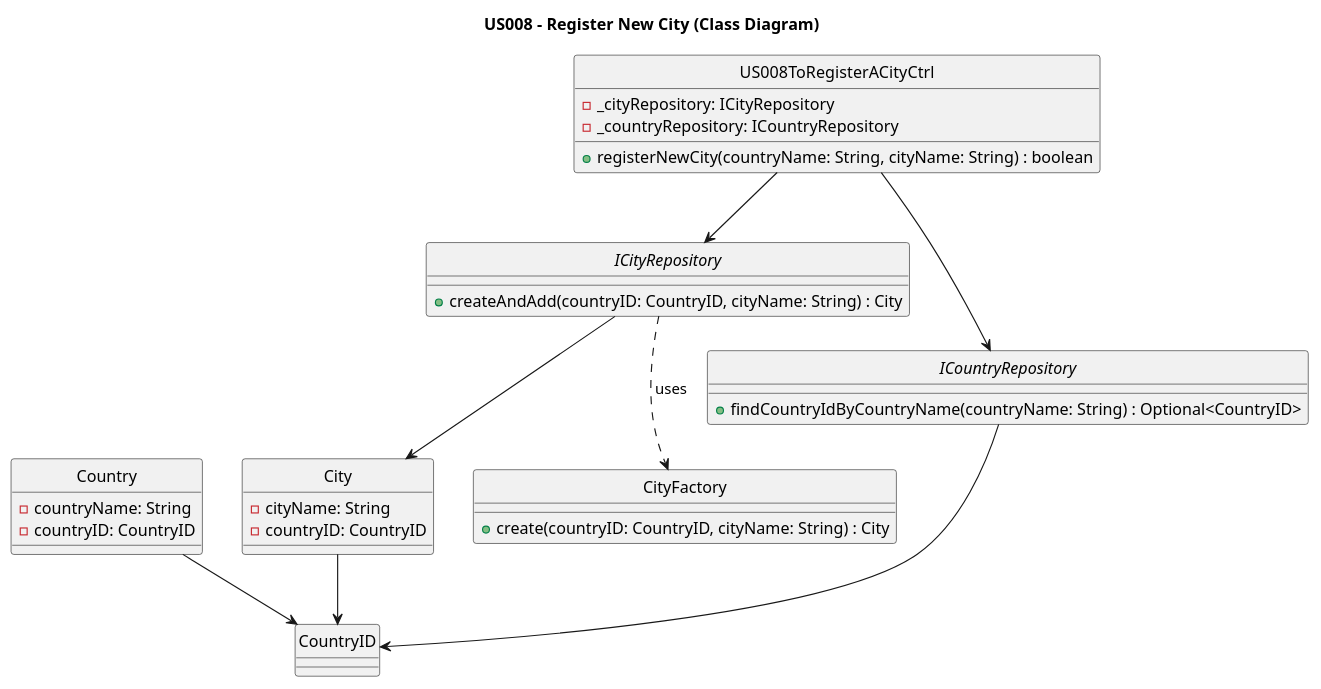
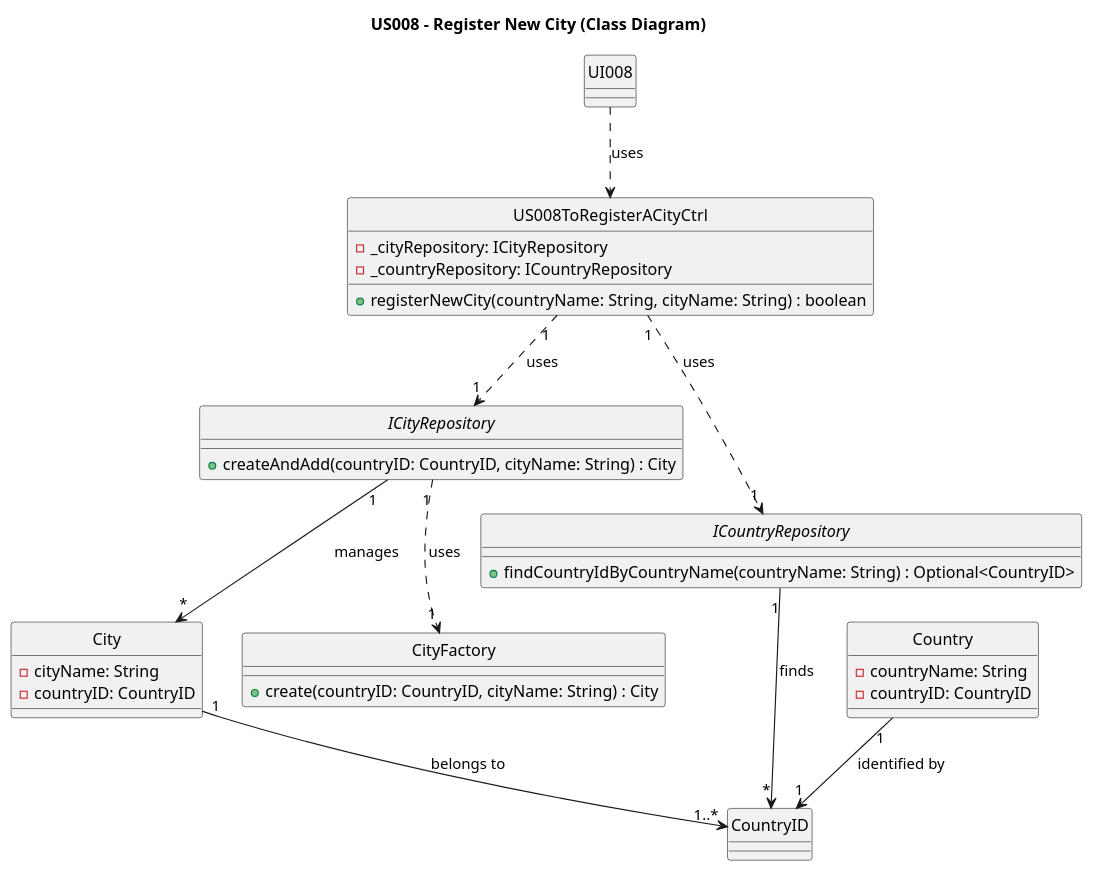
Before and after one commit to AndrePereiraGitH/SWitCH-Project-Team_A: the diagram in Diagrams/ClassDiagrams/US008-to-register-new-city-in-the-system.puml, drawn with PlantUML. The commit also changed 3 other files, not shown here.

Commit message:
Docs #495 (US008) and refactor #497 (US008): implemented fixes following feedback from PR (small mistakes in diagrams and return messages)

```diff
--- a/Diagrams/ClassDiagrams/US008-to-register-new-city-in-the-system.puml
+++ b/Diagrams/ClassDiagrams/US008-to-register-new-city-in-the-system.puml
@@ -1,47 +1,51 @@
 @startuml
 hide circle
 title US008 - Register New City (Class Diagram)
+
+class UI008{
+}
 
 class City {
   -cityName: String
   -countryID: CountryID
 }
 
 class Country {
   -countryName: String
   -countryID: CountryID
 }
 
 class CountryID
 
 class CityFactory {
   +create(countryID: CountryID, cityName: String) : City
 }
 
 interface ICityRepository {
   +createAndAdd(countryID: CountryID, cityName: String) : City
 }
 
 interface ICountryRepository {
   +findCountryIdByCountryName(countryName: String) : Optional<CountryID>
 }
 
 class US008ToRegisterACityCtrl {
   -_cityRepository: ICityRepository
   -_countryRepository: ICountryRepository
   +registerNewCity(countryName: String, cityName: String) : boolean
 }
 
 ' Relationships
-US008ToRegisterACityCtrl --> ICityRepository
-US008ToRegisterACityCtrl --> ICountryRepository
+UI008 ..> US008ToRegisterACityCtrl: uses
+US008ToRegisterACityCtrl "1"..>"1" ICityRepository: uses
+US008ToRegisterACityCtrl "1"..>"1" ICountryRepository: uses
 
-ICityRepository --> City
-ICountryRepository --> CountryID
+ICityRepository "1"-->"*" City: manages
+ICountryRepository "1"-->"*" CountryID: finds
 
-City --> CountryID
-Country --> CountryID
+City "1"-->"1..*" CountryID: belongs to
+Country "1"-->"1" CountryID: identified by
 
-ICityRepository ..> CityFactory : uses
+ICityRepository "1"..>"1" CityFactory : uses
 
 @enduml
```
